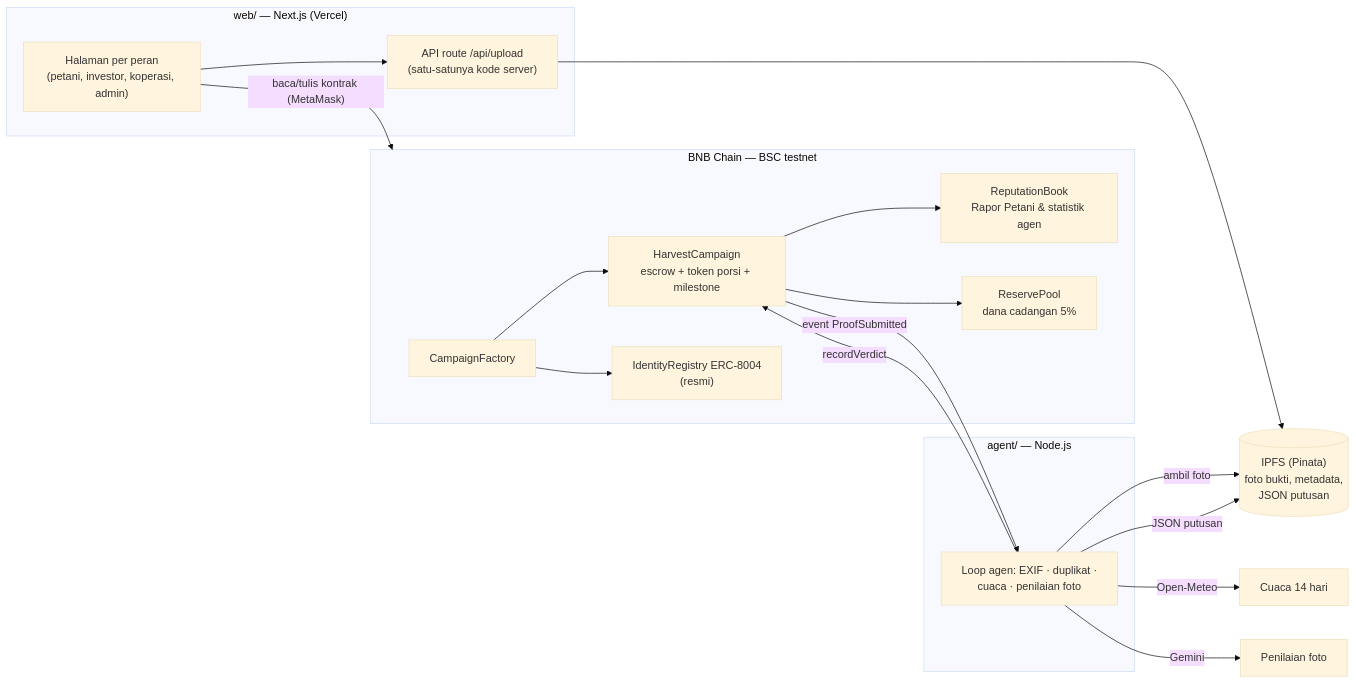
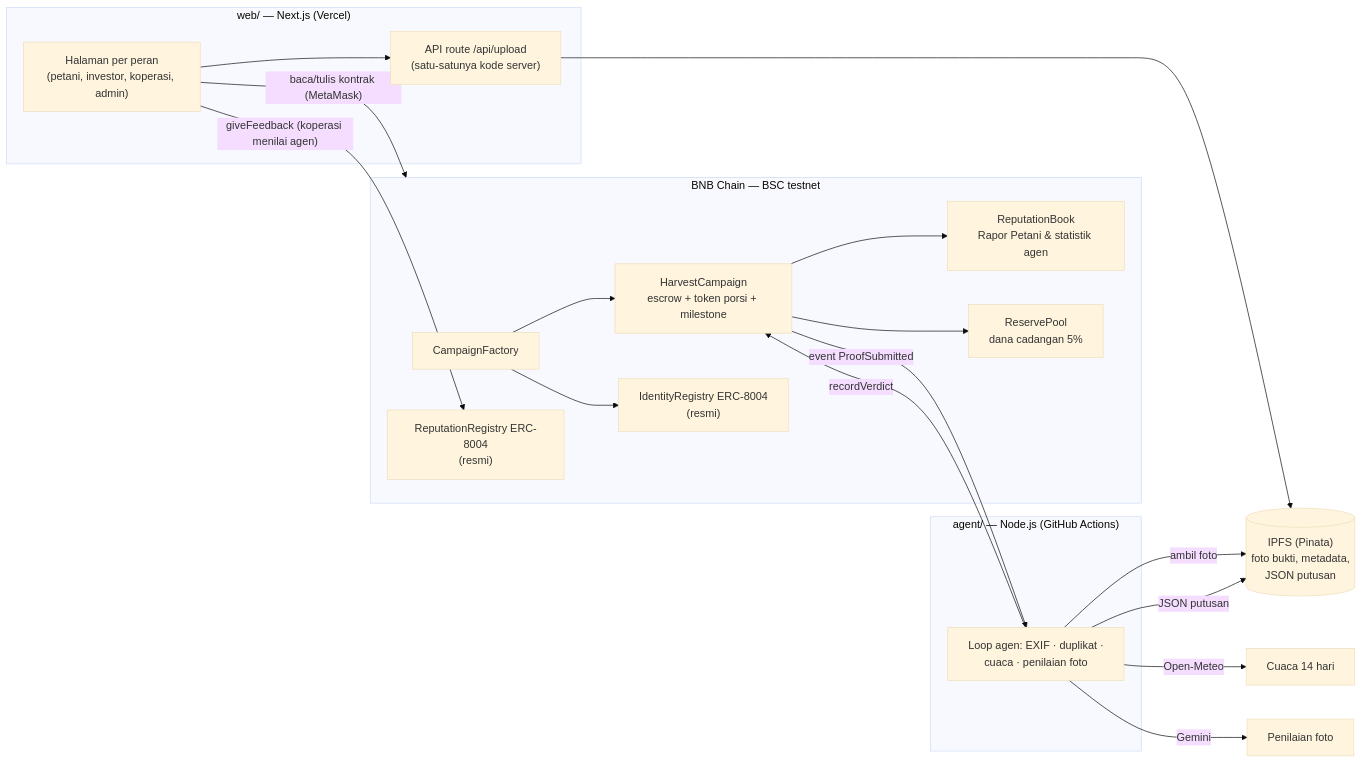
One commit to MrPrinceAli/bagipanen changed the diagram in README.md. Above: the diagram before and after it, drawn with Mermaid (base theme). The commit also changed other lines of this file and 14 other files, not shown here.

First line of the commit message:
gelombang 9 (perbaikan): koperasi menilai agen di ERC-8004 Reputation Registry resmi

````diff
--- a/README.md
+++ b/README.md
@@ -76,25 +76,27 @@
 ```mermaid
 flowchart LR
   subgraph Browser["web/ — Next.js (Vercel)"]
     UI["Halaman per peran<br/>(petani, investor, koperasi, admin)"]
     API["API route /api/upload<br/>(satu-satunya kode server)"]
   end
   subgraph Chain["BNB Chain — BSC testnet"]
     F["CampaignFactory"] --> HC["HarvestCampaign<br/>escrow + token porsi + milestone"]
     HC --> RB["ReputationBook<br/>Rapor Petani & statistik agen"]
     HC --> RP["ReservePool<br/>dana cadangan 5%"]
     F --> ID["IdentityRegistry ERC-8004<br/>(resmi)"]
+    RR["ReputationRegistry ERC-8004<br/>(resmi)"]
   end
   IPFS[("IPFS (Pinata)<br/>foto bukti, metadata,<br/>JSON putusan")]
-  subgraph Agent["agent/ — Node.js"]
+  subgraph Agent["agent/ — Node.js (GitHub Actions)"]
     A["Loop agen: EXIF · duplikat ·<br/>cuaca · penilaian foto"]
   end
   UI -- baca/tulis kontrak (MetaMask) --> Chain
   UI --> API --> IPFS
   HC -- event ProofSubmitted --> A
   A -- ambil foto --> IPFS
   A -- Open-Meteo --> W["Cuaca 14 hari"]
   A -- Gemini --> V["Penilaian foto"]
   A -- JSON putusan --> IPFS
   A -- recordVerdict --> HC
+  UI -- "giveFeedback (koperasi menilai agen)" --> RR
 ```
````
